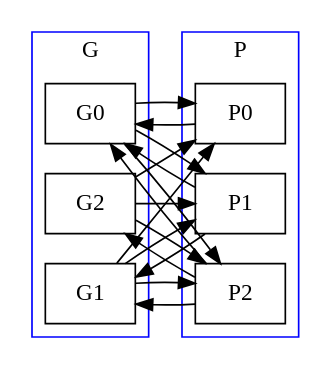
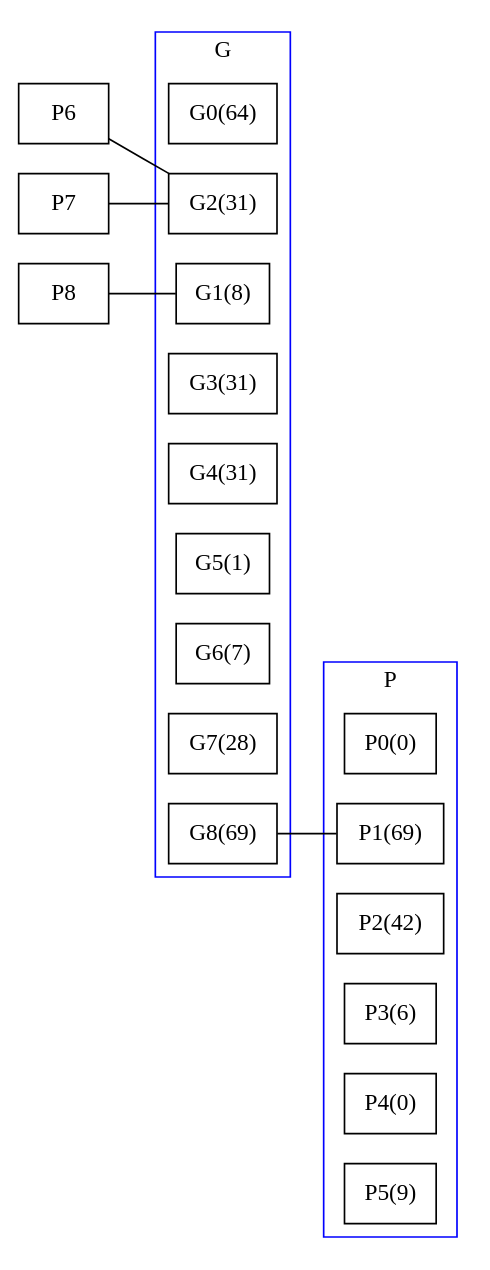
One commit to asanoja/segmentations changed the diagram in evaluation/BG.dot. Above: the diagram before and after it, drawn with Graphviz. The commit also changed 21 other files, not shown here.

```diff
--- a/evaluation/BG.dot
+++ b/evaluation/BG.dot
@@ -1,36 +1,34 @@
-digraph BCG {
+graph BCG {
 rankdir=LR;
 splines=false;
 node [shape=rectangle];
 subgraph cluster_G {
 label = "G";
 color=blue;
 rank="same"
-G0;
-G1;
-G2;
+G0 [label="G0(64)"];
+G1 [label="G1(8)"];
+G2 [label="G2(31)"];
+G3 [label="G3(31)"];
+G4 [label="G4(31)"];
+G5 [label="G5(1)"];
+G6 [label="G6(7)"];
+G7 [label="G7(28)"];
+G8 [label="G8(69)"];
 }
 subgraph cluster_P {
 label = "P";
 color=blue;
 rank="same"
-P0;
-P1;
-P2;
+P0 [label="P0(0)"];
+P1 [label="P1(69)"];
+P2 [label="P2(42)"];
+P3 [label="P3(6)"];
+P4 [label="P4(0)"];
+P5 [label="P5(9)"];
 }
-G0 -> P0;
-P0 -> G0;
-G0 -> P1;
-G0 -> P2;
-G1 -> P0;
-P1 -> G0;
-G1 -> P1;
-P1 -> G1;
-G1 -> P2;
-G2 -> P0;
-P2 -> G0;
-G2 -> P1;
-P2 -> G1;
-G2 -> P2;
-P2 -> G2;
+P6 -- G2;
+P7 -- G2;
+G8 -- P1;
+P8 -- G1;
 }
```
